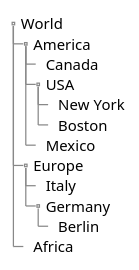
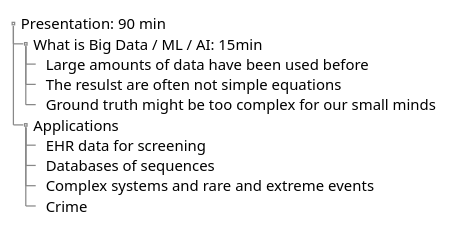
One commit to zeroknowledgediscovery/zedwiki changed the diagram in presentations/BigData4SmallMinds.md. Above: the diagram before and after it, drawn with PlantUML. The commit also changed other lines of this file, not shown here.

Commit message:
Updated BigData4SmallMinds.md (markdown)

```diff
--- a/presentations/BigData4SmallMinds.md
+++ b/presentations/BigData4SmallMinds.md
@@ -2,19 +1,17 @@
 @startuml
 salt
 {
 {T
- + World
- ++ America
- +++ Canada
- +++ USA
- ++++ New York
- ++++ Boston
- +++ Mexico
- ++ Europe
- +++ Italy
- +++ Germany
- ++++ Berlin
- ++ Africa
-}
+ + Presentation: 90 min
+ ++ What is Big Data / ML / AI: 15min
+ +++ Large amounts of data have been used before
+ +++ The resulst are often not simple equations
+ +++ Ground truth might be too complex for our small minds
+ ++ Applications
+ +++ EHR data for screening
+ +++ Databases of sequences
+ +++ Complex systems and rare and extreme events
+ +++ Crime
+ }
 }
 @enduml
```
